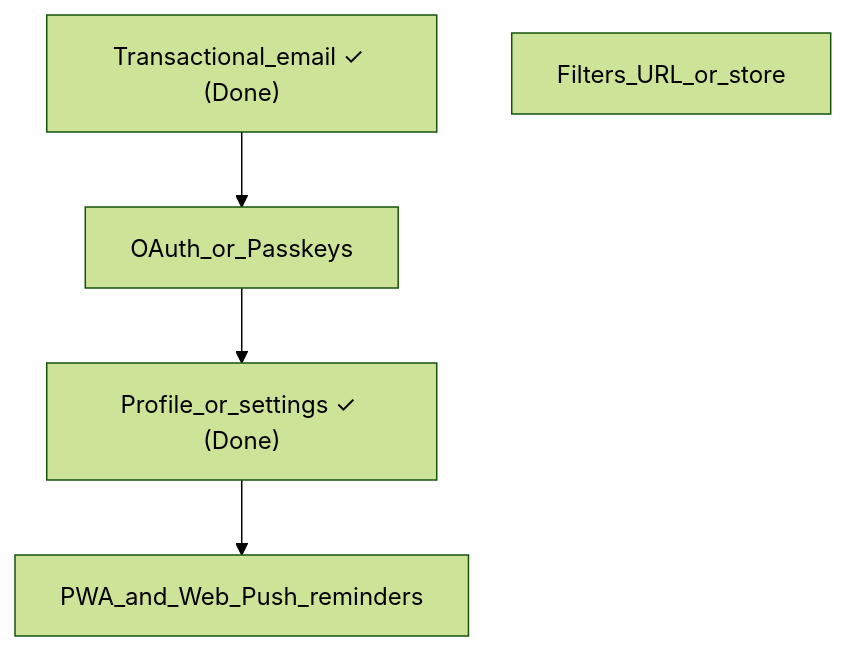
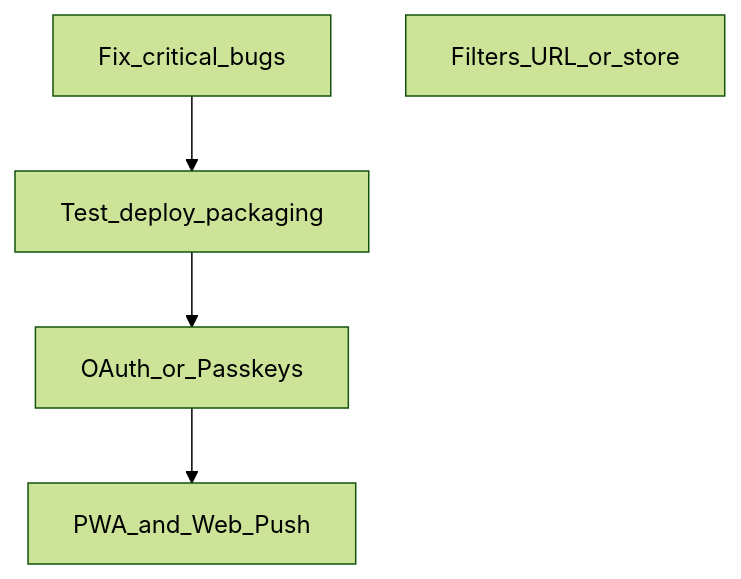
The diagram in docs/ROADMAP.md (TemaGolovin/finance-track-front), drawn with Mermaid (forest theme) before and after one commit. The commit also changed other lines of this file and 2 other files, not shown here.

Commit message:
docs: update README to link completed tasks in DONE.md and enhance ROADMAP with current project status

````diff
--- a/docs/ROADMAP.md
+++ b/docs/ROADMAP.md
@@ -195,12 +135,12 @@
 ```mermaid
 flowchart TD
-  emailTx["Transactional_email ✓ (Done)"]
+  bugs["Fix_critical_bugs"]
+  deploy[Test_deploy_packaging]
   auth[OAuth_or_Passkeys]
-  profile["Profile_or_settings ✓ (Done)"]
-  pwa[PWA_and_Web_Push_reminders]
+  pwa[PWA_and_Web_Push]
   filters[Filters_URL_or_store]
 
-  emailTx --> auth
-  auth --> profile
-  profile --> pwa
+  bugs --> deploy
+  deploy --> auth
+  auth --> pwa
 ```
````
